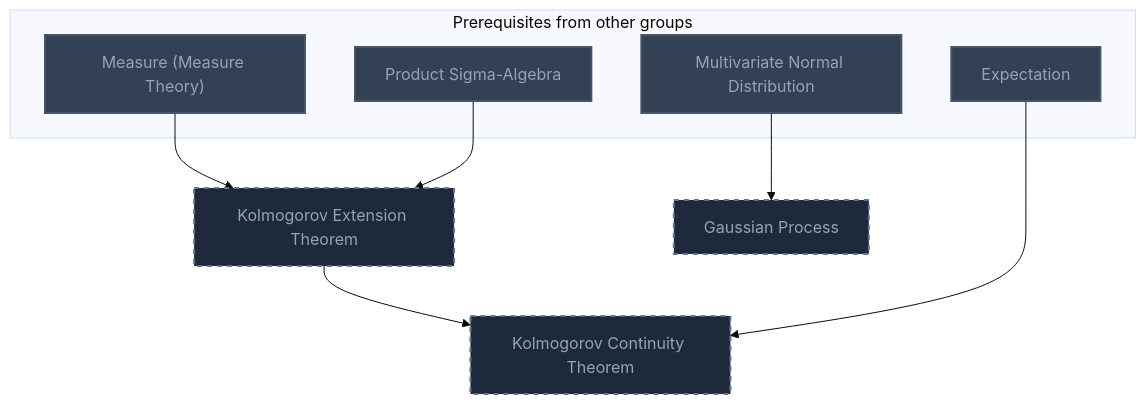
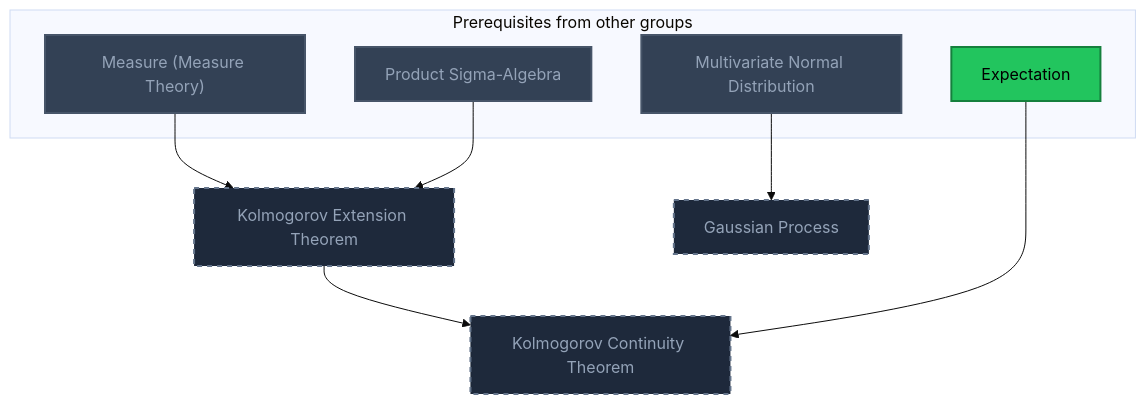
The first of 11 diagrams in Gamification/Skill Trees/Stochastic Differential Equations.md (MRauf1/My-Notes), drawn with Mermaid (base theme) before and after one commit. The commit also changed other lines of this file and 145 other files, not shown here.

````diff
--- a/Gamification/Skill Trees/Stochastic Differential Equations.md
+++ b/Gamification/Skill Trees/Stochastic Differential Equations.md
@@ -17,29 +17,30 @@
 ```mermaid
 flowchart TD
     classDef planned fill:#1E293B,stroke:#64748B,stroke-width:2px,stroke-dasharray:5 5,color:#94A3B8;
     classDef locked fill:#334155,stroke:#475569,stroke-width:2px,color:#94A3B8;
     classDef L0 fill:#F1F5F9,stroke:#94A3B8,stroke-width:2px,color:#000000;
     classDef L1 fill:#22C55E,stroke:#15803D,stroke-width:2px,color:#000000;
     classDef L2 fill:#3B82F6,stroke:#1D4ED8,stroke-width:3px,color:#FFFFFF;
     classDef L3 fill:#A855F7,stroke:#6B21A8,stroke-width:3px,color:#FFFFFF,font-weight:bold;
     classDef L4 fill:#F97316,stroke:#C2410C,stroke-width:4px,color:#000000,font-weight:bold;
     classDef L5 fill:#FFD700,stroke:#FF8C00,stroke-width:5px,color:#000000,font-weight:bold;
     classDef rusty stroke:#8B4513,stroke-width:4px,stroke-dasharray:3 3;
     subgraph sg_prereqs["Prerequisites from other groups"]
         n_measure_measure_theory["Measure (Measure Theory)"]
         n_product_sigma_algebra["Product Sigma-Algebra"]
         n_multivariate_normal_distribution["Multivariate Normal Distribution"]
         n_expectation["Expectation"]
     end
     n_kolmogorov_extension_theorem["Kolmogorov Extension Theorem"]
     n_gaussian_process["Gaussian Process"]
     n_kolmogorov_continuity_theorem["Kolmogorov Continuity Theorem"]
     n_measure_measure_theory --> n_kolmogorov_extension_theorem
     n_product_sigma_algebra --> n_kolmogorov_extension_theorem
     n_multivariate_normal_distribution --> n_gaussian_process
     n_kolmogorov_extension_theorem --> n_kolmogorov_continuity_theorem
     n_expectation --> n_kolmogorov_continuity_theorem
     class n_kolmogorov_extension_theorem,n_gaussian_process,n_kolmogorov_continuity_theorem planned;
-    class n_measure_measure_theory,n_product_sigma_algebra,n_multivariate_normal_distribution,n_expectation locked;
+    class n_measure_measure_theory,n_product_sigma_algebra,n_multivariate_normal_distribution locked;
+    class n_expectation L1;
     class n_measure_measure_theory,n_product_sigma_algebra,n_multivariate_normal_distribution,n_expectation internal-link;
 ```
````
